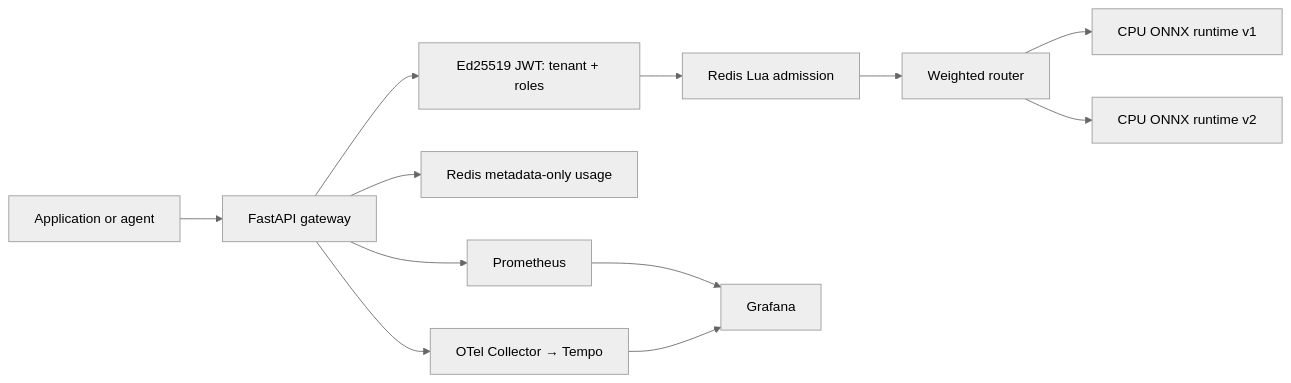
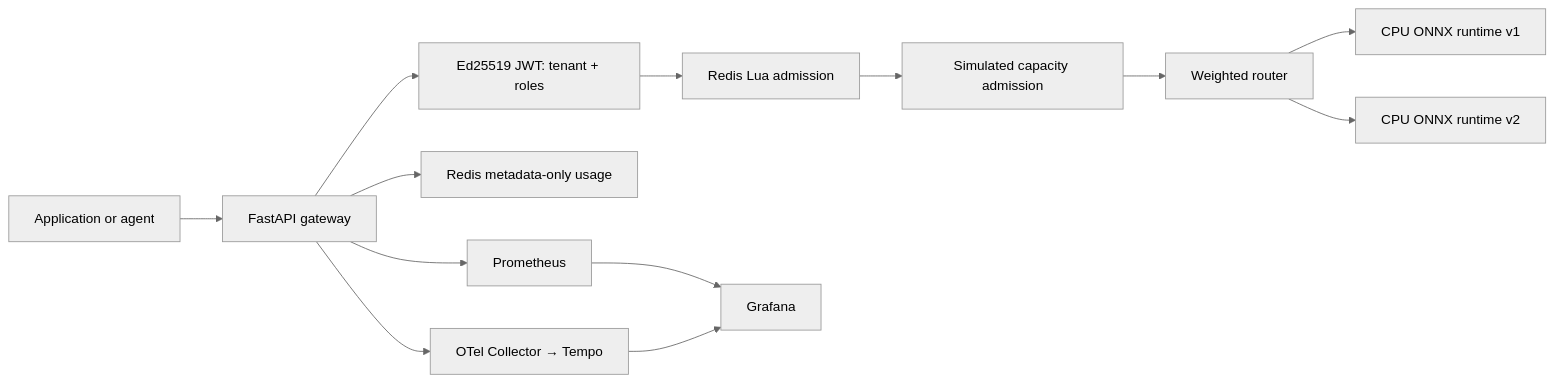
Before and after one commit to Bepoadewale/multi-tenant-ai-inference-platform: the diagram in README.md, drawn with Mermaid (neutral theme). The commit also changed other lines of this file and 13 other files, not shown here.

Commit message:
docs: record simulated capacity evidence

````diff
--- a/README.md
+++ b/README.md
@@ -38,14 +39,15 @@
 ```mermaid
 flowchart LR
   A[Application or agent] --> G[FastAPI gateway]
   G --> J[Ed25519 JWT: tenant + roles]
   J --> R[Redis Lua admission]
-  R --> W[Weighted router]
+  R --> C[Simulated capacity admission]
+  C --> W[Weighted router]
   W --> O1[CPU ONNX runtime v1]
   W --> O2[CPU ONNX runtime v2]
   G --> U[Redis metadata-only usage]
   G --> P[Prometheus]
   G --> T[OTel Collector → Tempo]
   P --> D[Grafana]
   T --> D
 ```
````
